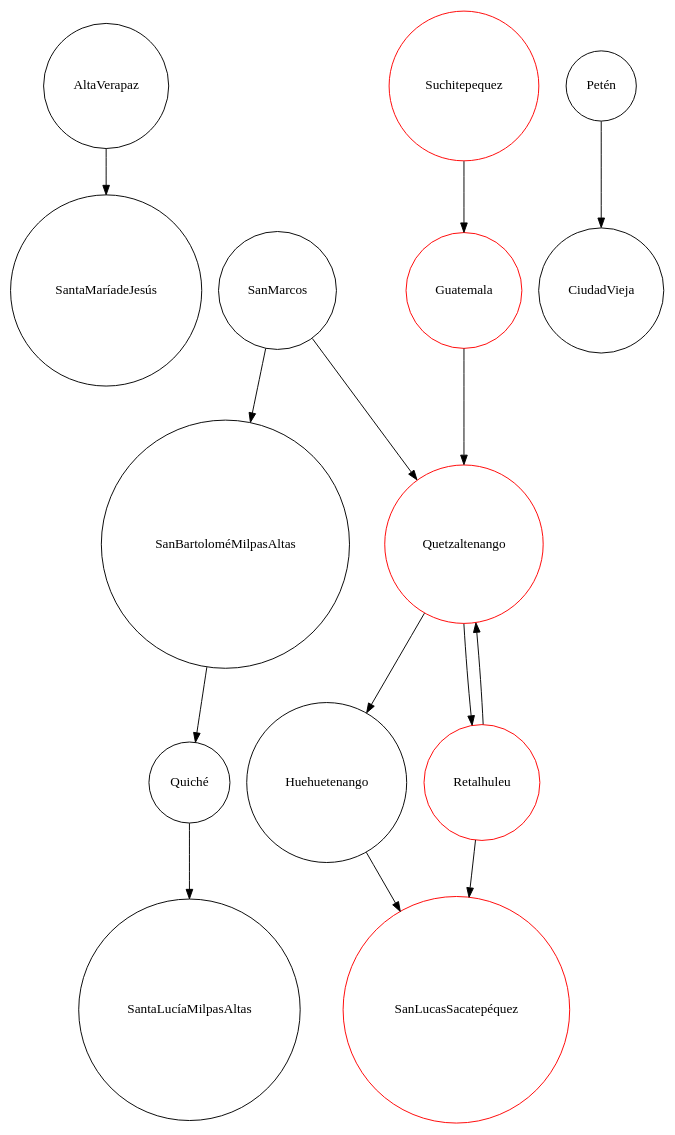
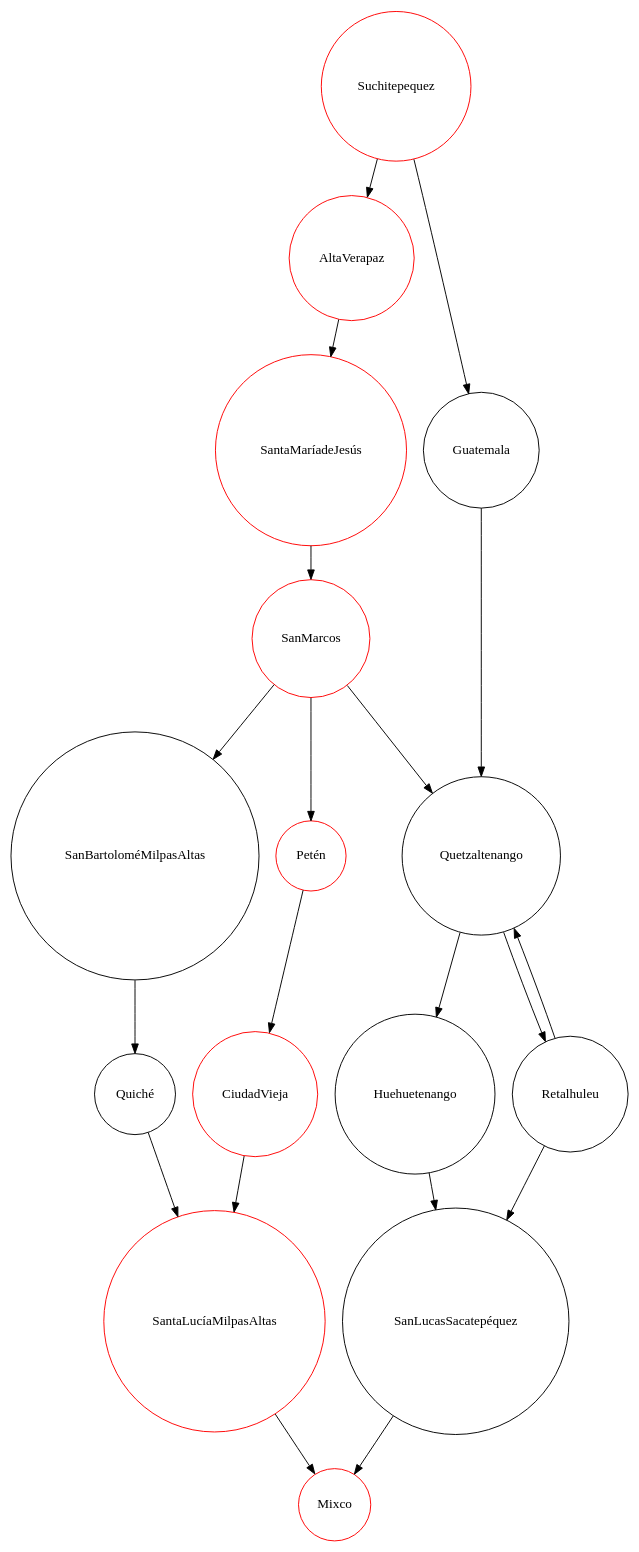
Before and after one commit to ger12xela/maps: the diagram in bin/front/archivo.dot, drawn with Graphviz. The commit also changed 27 other files, not shown here.

```diff
--- a/bin/front/archivo.dot
+++ b/bin/front/archivo.dot
@@ -1,19 +1,20 @@
 digraph Grafo {
     size="60"
 		node [shape = circle];
 AltaVerapaz->SantaMaríadeJesús;
-SantaLucíaMilpasAltas;
+Mixco;
+SantaLucíaMilpasAltas->Mixco;
 Quiché->SantaLucíaMilpasAltas;
-SanLucasSacatepéquez;
+SanLucasSacatepéquez->Mixco;
 Huehuetenango->SanLucasSacatepéquez;
 SanBartoloméMilpasAltas->Quiché;
 Guatemala->Quetzaltenango;
-SanMarcos->Quetzaltenango ,SanBartoloméMilpasAltas;
+SanMarcos->Petén ,Quetzaltenango ,SanBartoloméMilpasAltas;
 Retalhuleu->Quetzaltenango ,SanLucasSacatepéquez;
 Quetzaltenango->Huehuetenango ,Retalhuleu;
-CiudadVieja;
+CiudadVieja->SantaLucíaMilpasAltas;
 Petén->CiudadVieja;
-SantaMaríadeJesús;
-Suchitepequez->Guatemala;
-Suchitepequez,Guatemala,Quetzaltenango,Retalhuleu,SanLucasSacatepéquez[color=red]
+SantaMaríadeJesús->SanMarcos;
+Suchitepequez->AltaVerapaz ,Guatemala;
+Suchitepequez,AltaVerapaz,SantaMaríadeJesús,SanMarcos,Petén,CiudadVieja,SantaLucíaMilpasAltas,Mixco[color=red]
 }
```
